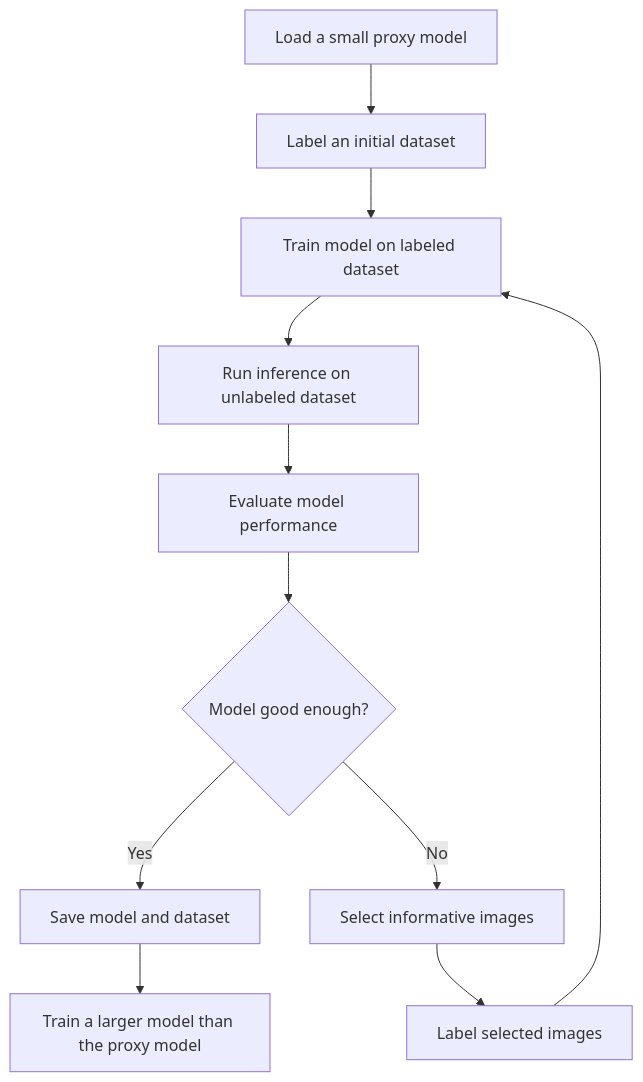
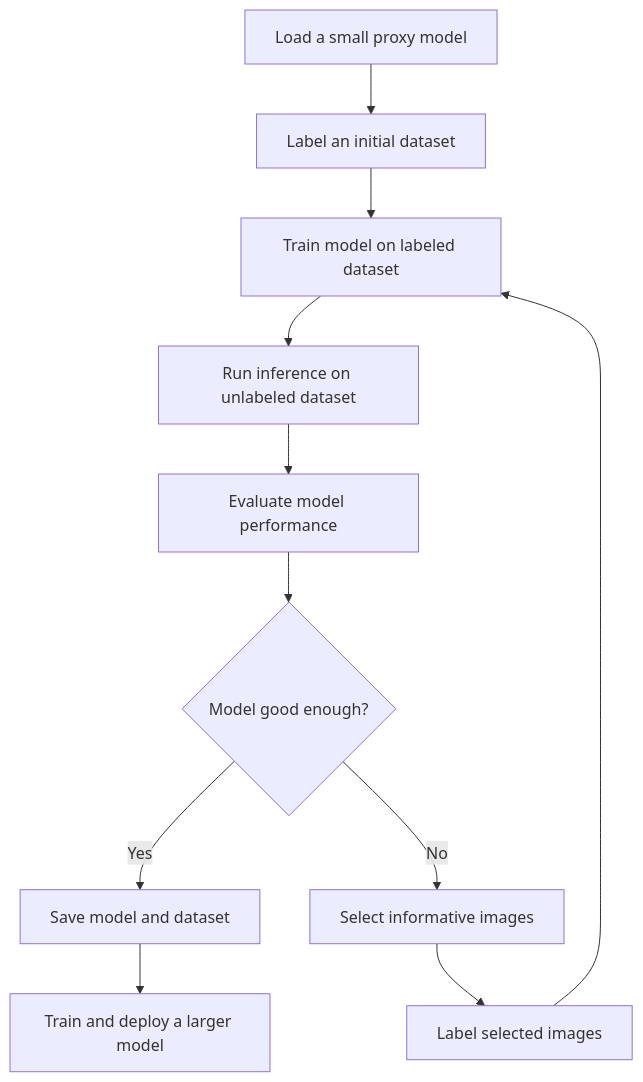
The diagram in README.md (dnth/active-learning-flywheel), drawn with Mermaid before and after one commit.

````diff
--- a/README.md
+++ b/README.md
@@ -30,13 +30,13 @@
 ```mermaid
 graph TD
     A[Load a small proxy model] --> B[Label an initial dataset]
     B --> C[Train model on labeled dataset]
     C --> D[Run inference on unlabeled dataset]
     D --> E[Evaluate model performance]
     E --> F{Model good enough?}
     F -->|Yes| G[Save model and dataset]
-    G --> H[Train a larger model than the proxy model]
+    G --> H[Train and deploy a larger model]
     F -->|No| I[Select informative images]
     I --> J[Label selected images]
     J --> C
 ```
````
